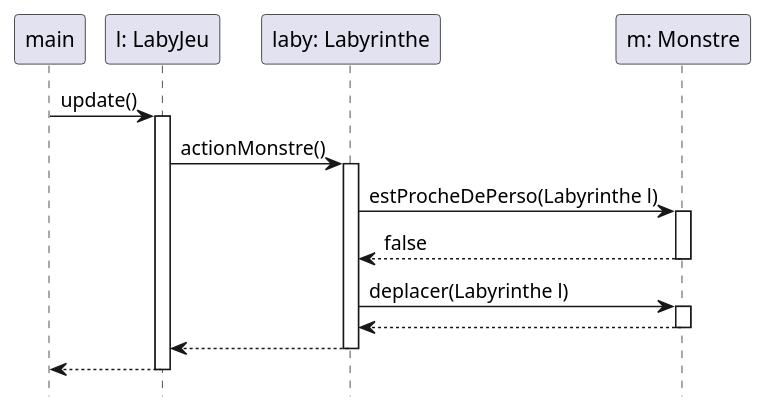
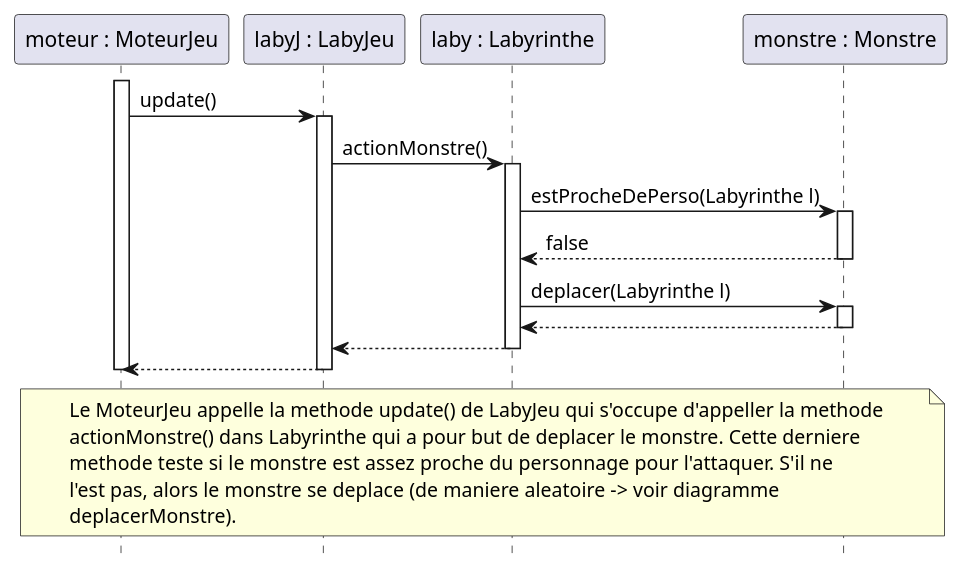
One commit to Erwanquilliou/2024_Zeldiablo_quilliou2u_leveque58u changed the diagram in zeldiablo/documents/version_2/diagseq_attaquePersoLoin.puml. Above: the diagram before and after it, drawn with PlantUML. The commit also changed 5 other files, not shown here.

Commit message:
diagrammes v2 commentes et affines

```diff
--- a/zeldiablo/documents/version_2/diagseq_attaquePersoLoin.puml
+++ b/zeldiablo/documents/version_2/diagseq_attaquePersoLoin.puml
@@ -1,33 +1,37 @@
 @startuml
 hide footbox
 
-participant "main" as m
-participant "l: LabyJeu" as lj
-participant "laby: Labyrinthe" as lb
-participant "m: Monstre" as ms
-m -> lj : update()
-activate lj
+participant "moteur : MoteurJeu" as m
+participant "labyJ : LabyJeu" as lj
+participant "laby : Labyrinthe" as lb
+participant "monstre : Monstre" as ms
 
-lj -> lb : actionMonstre()
-activate lb
+activate m
+    m -> lj : update()
+    activate lj
+        lj -> lb : actionMonstre()
+        activate lb
+            lb -> ms : estProcheDePerso(Labyrinthe l)
+            activate ms
+                ms --> lb : false
+            deactivate ms
+            lb -> ms : deplacer(Labyrinthe l)
+            activate ms
+                ms --> lb
+            deactivate ms
+            lb --> lj
+            deactivate ms
+        deactivate lb
+        lj --> m
+    deactivate lj
+deactivate m
 
-lb -> ms : estProcheDePerso(Labyrinthe l)
-activate ms
-ms --> lb : false
-deactivate ms
+note across
+Le MoteurJeu appelle la methode update() de LabyJeu qui s'occupe d'appeller la methode
+actionMonstre() dans Labyrinthe qui a pour but de deplacer le monstre. Cette derniere
+methode teste si le monstre est assez proche du personnage pour l'attaquer. S'il ne
+l'est pas, alors le monstre se deplace (de maniere aleatoire -> voir diagramme
+deplacerMonstre).
+end note
 
-
-lb -> ms : deplacer(Labyrinthe l)
-activate ms
-
-ms --> lb
-deactivate ms
-
-
-lb --> lj
-deactivate ms
-deactivate lb
-
-lj --> m
-deactivate lj
 @enduml
```
